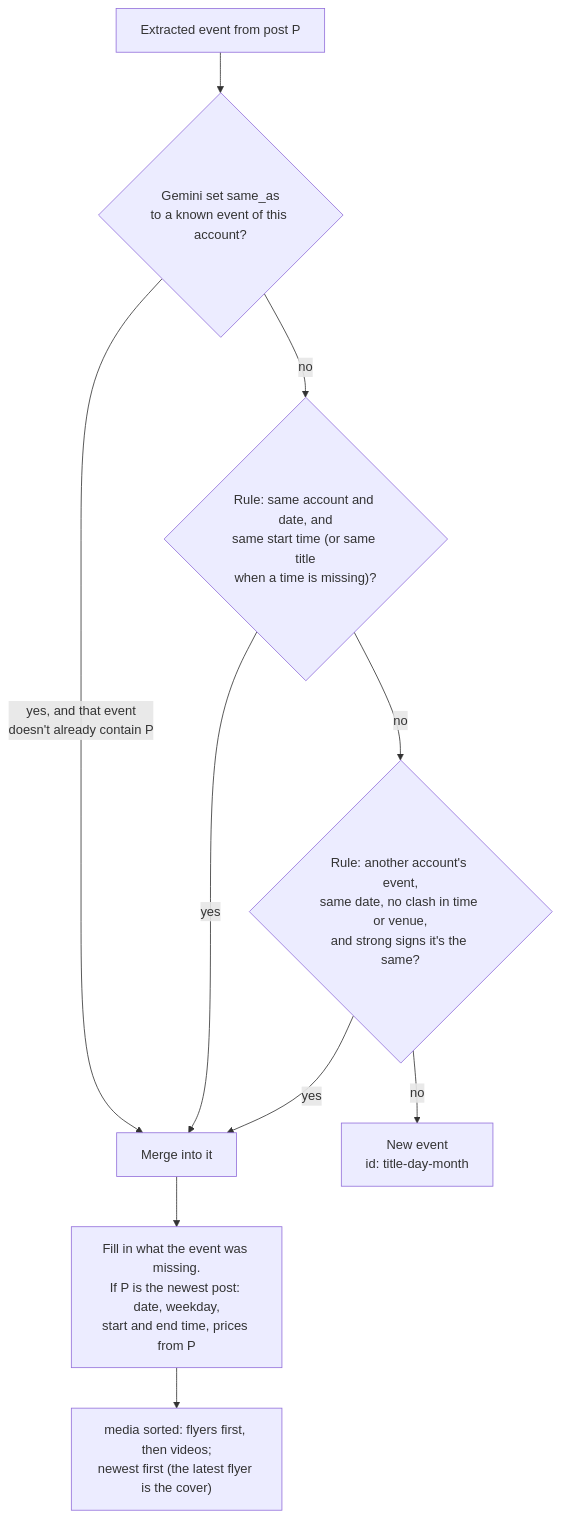
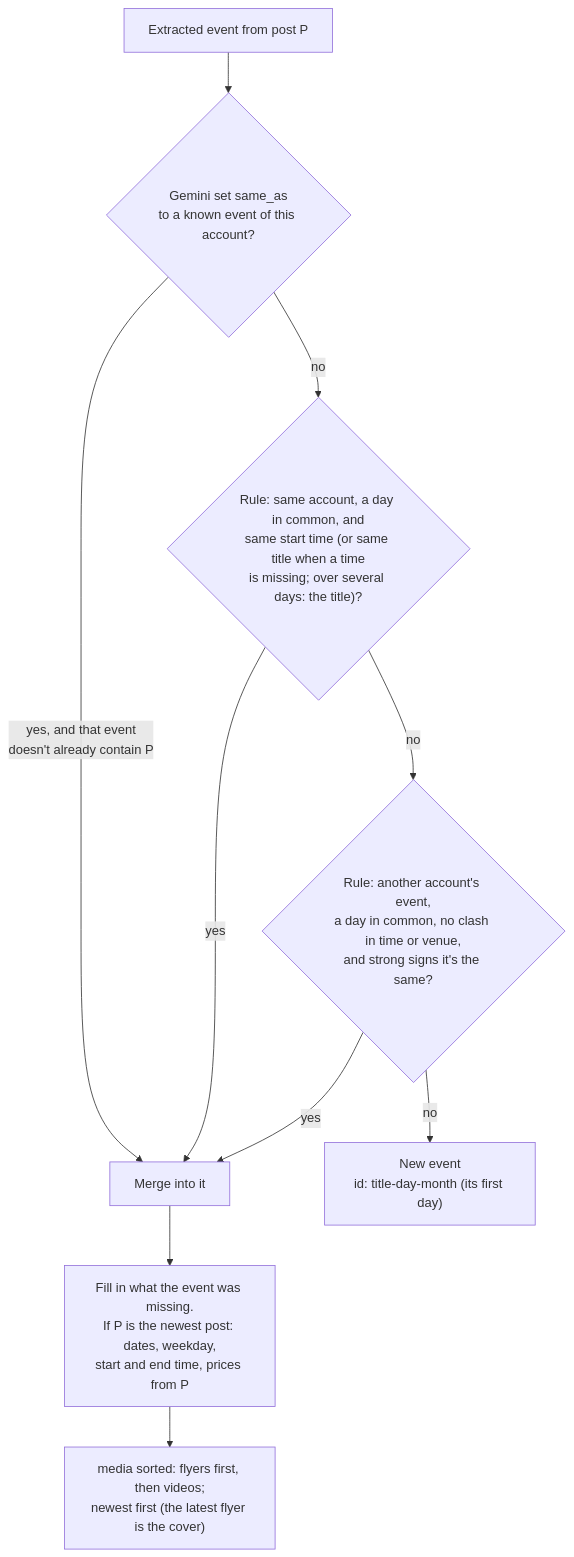
Before and after one commit to pa-bailar/backend: the sixth of 12 diagrams in docs/ARCHITECTURE.md, drawn with Mermaid. The commit also changed other lines of this file and 2 other files, not shown here.

Commit message:
docs: multi-day events (end_date) and "Volver a leer"

````diff
--- a/docs/ARCHITECTURE.md
+++ b/docs/ARCHITECTURE.md
@@ -572,12 +582,12 @@
 ```mermaid
 flowchart TD
     C["Extracted event from post P"] --> L{"Gemini set same_as<br/>to a known event of this account?"}
     L -->|"yes, and that event<br/>doesn't already contain P"| MERGE["Merge into it"]
-    L -->|no| RULE{"Rule: same account and date, and<br/>same start time (or same title<br/>when a time is missing)?"}
+    L -->|no| RULE{"Rule: same account, a day in common, and<br/>same start time (or same title when a time<br/>is missing; over several days: the title)?"}
     RULE -->|yes| MERGE
-    RULE -->|no| SHARED{"Rule: another account's event,<br/>same date, no clash in time or venue,<br/>and strong signs it's the same?"}
+    RULE -->|no| SHARED{"Rule: another account's event,<br/>a day in common, no clash in time or venue,<br/>and strong signs it's the same?"}
     SHARED -->|yes| MERGE
-    SHARED -->|no| NEW["New event<br/>id: title-day-month"]
-    MERGE --> F["Fill in what the event was missing.<br/>If P is the newest post: date, weekday,<br/>start and end time, prices from P"]
+    SHARED -->|no| NEW["New event<br/>id: title-day-month (its first day)"]
+    MERGE --> F["Fill in what the event was missing.<br/>If P is the newest post: dates, weekday,<br/>start and end time, prices from P"]
     F --> O["media sorted: flyers first, then videos;<br/>newest first (the latest flyer is the cover)"]
 ```
````
